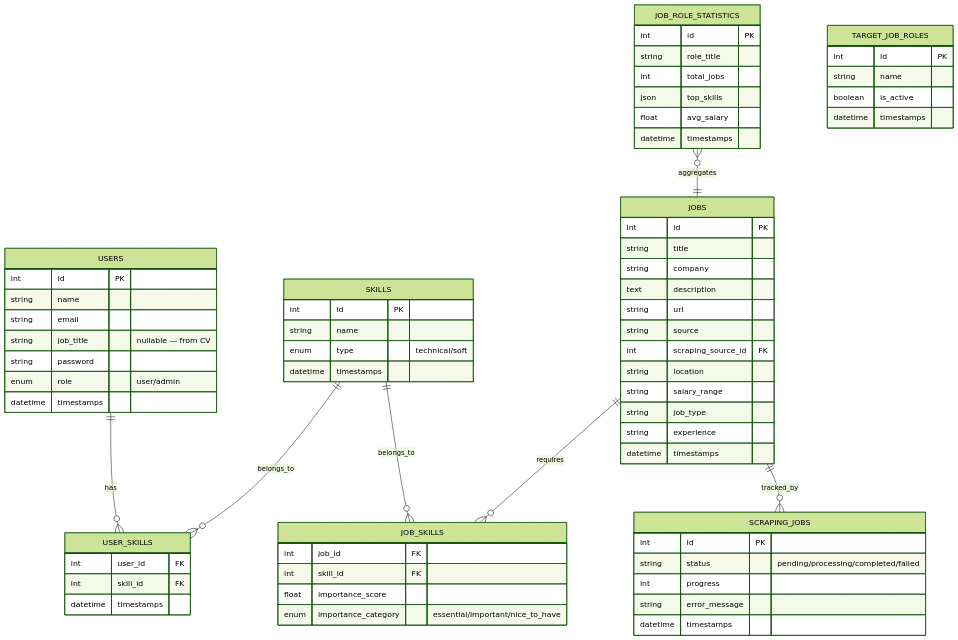
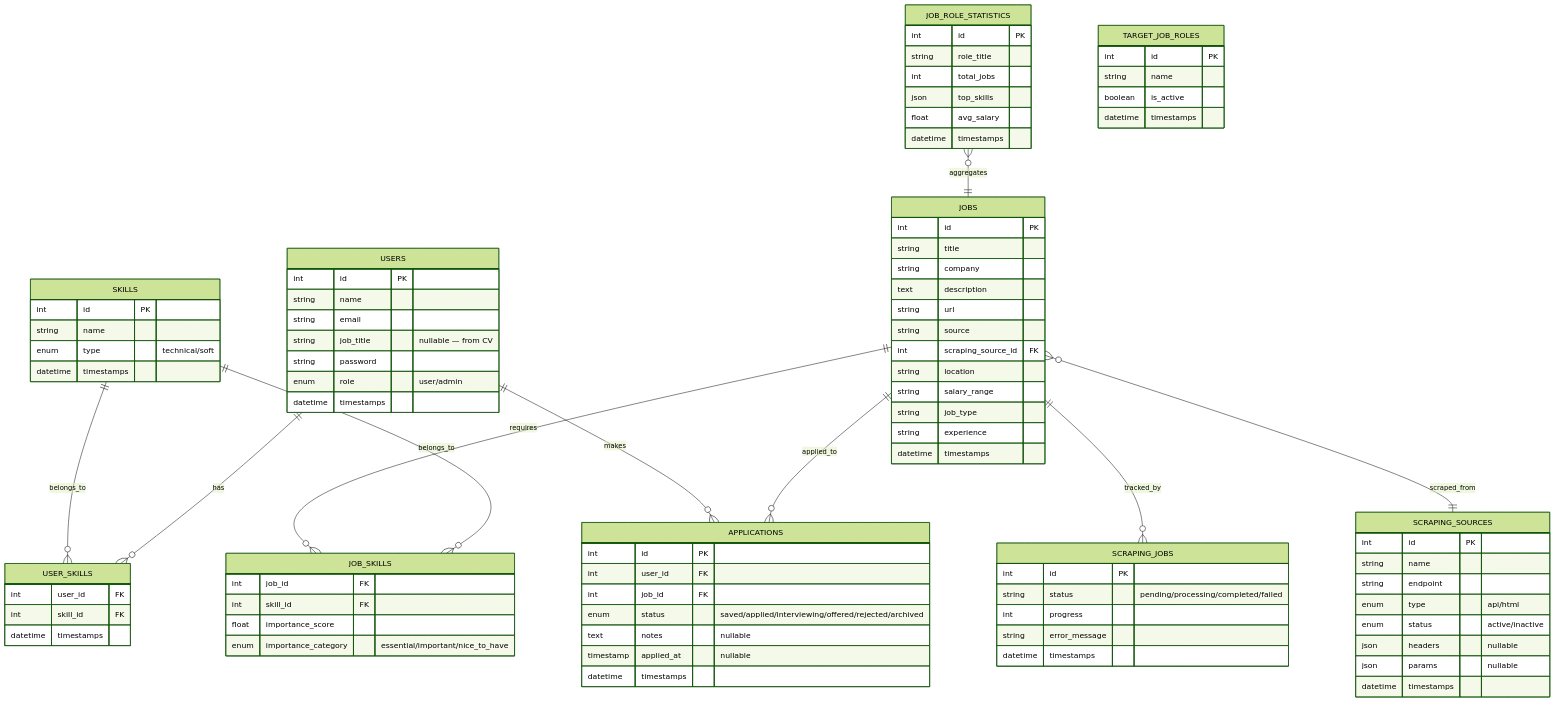
One commit to YousefAlTohamy/CareerCompass changed the second of 6 diagrams in README.md. Above: the diagram before and after it, drawn with Mermaid (forest theme). The commit also changed other lines of this file, not shown here.

````diff
--- a/README.md
+++ b/README.md
@@ -494,7 +522,10 @@
     SKILLS ||--o{ JOB_SKILLS : belongs_to
     JOBS ||--o{ JOB_SKILLS : requires
     JOBS ||--o{ SCRAPING_JOBS : tracked_by
+    JOBS ||--o{ APPLICATIONS : applied_to
+    JOBS }o--|| SCRAPING_SOURCES : scraped_from
     JOB_ROLE_STATISTICS }o--|| JOBS : aggregates
+    USERS ||--o{ APPLICATIONS : makes
 
     USERS {
         int id PK
@@ -564,4 +595,25 @@
         boolean is_active
         datetime timestamps
     }
+
+    SCRAPING_SOURCES {
+        int id PK
+        string name
+        string endpoint
+        enum type "api/html"
+        enum status "active/inactive"
+        json headers "nullable"
+        json params "nullable"
+        datetime timestamps
+    }
+
+    APPLICATIONS {
+        int id PK
+        int user_id FK
+        int job_id FK
+        enum status "saved/applied/interviewing/offered/rejected/archived"
+        text notes "nullable"
+        timestamp applied_at "nullable"
+        datetime timestamps
+    }
 ```
````
